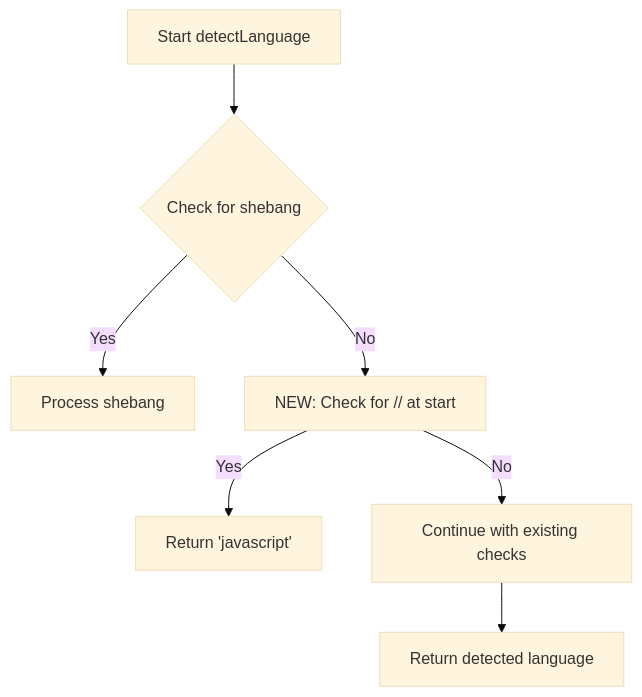
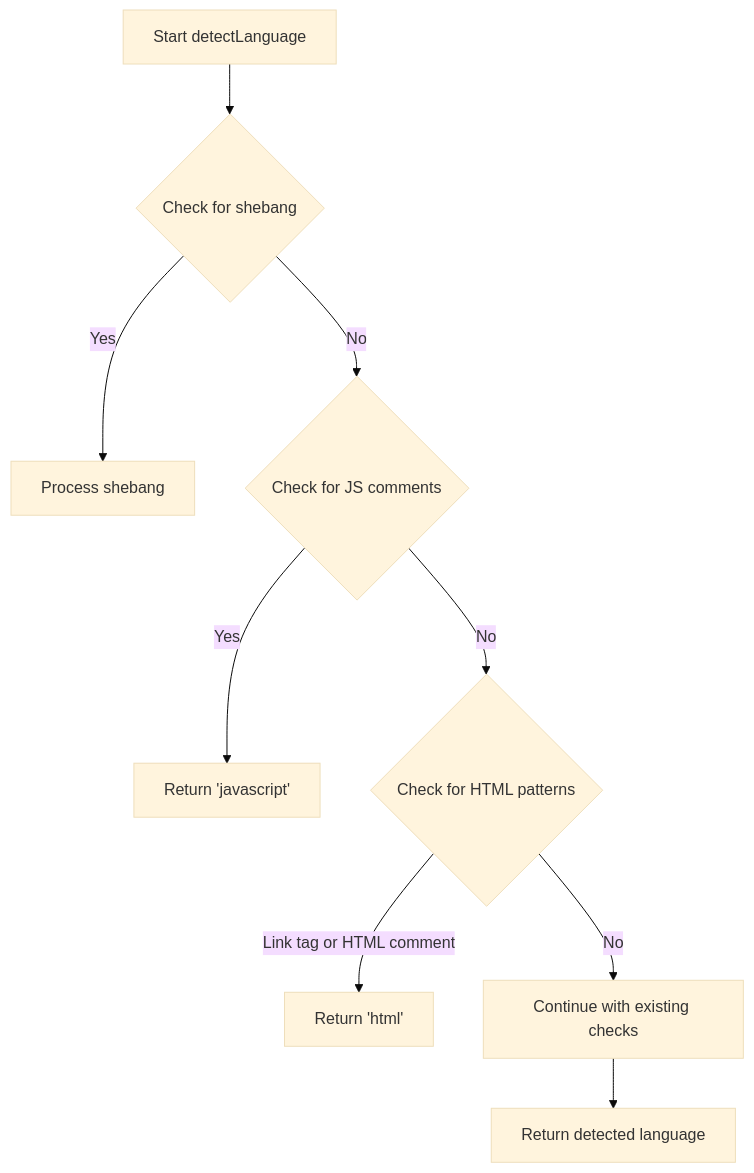
One commit to ddttom/allaboutv2 changed the diagram in blocks/code-expander/implementation-plan.md. Above: the diagram before and after it, drawn with Mermaid (base theme). The commit also changed other lines of this file and 3 other files, not shown here.

````diff
--- a/blocks/code-expander/implementation-plan.md
+++ b/blocks/code-expander/implementation-plan.md
@@ -41,9 +40,11 @@
 ```mermaid
 flowchart TD
     A[Start detectLanguage] --> B{Check for shebang}
     B -->|Yes| C[Process shebang]
-    B -->|No| D[NEW: Check for // at start]
+    B -->|No| D{Check for JS comments}
     D -->|Yes| E[Return 'javascript']
-    D -->|No| F[Continue with existing checks]
-    F --> G[Return detected language]
+    D -->|No| F{Check for HTML patterns}
+    F -->|Link tag or HTML comment| G[Return 'html']
+    F -->|No| H[Continue with existing checks]
+    H --> I[Return detected language]
 ```
````
